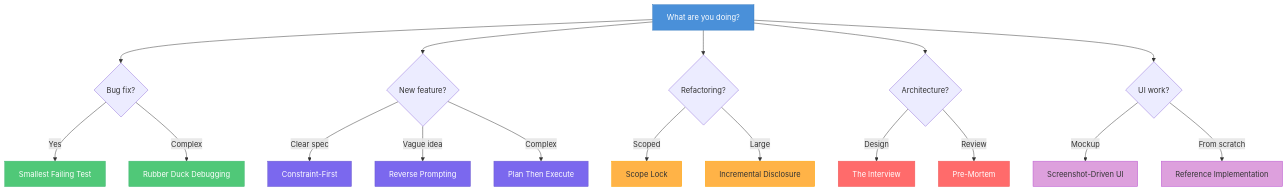
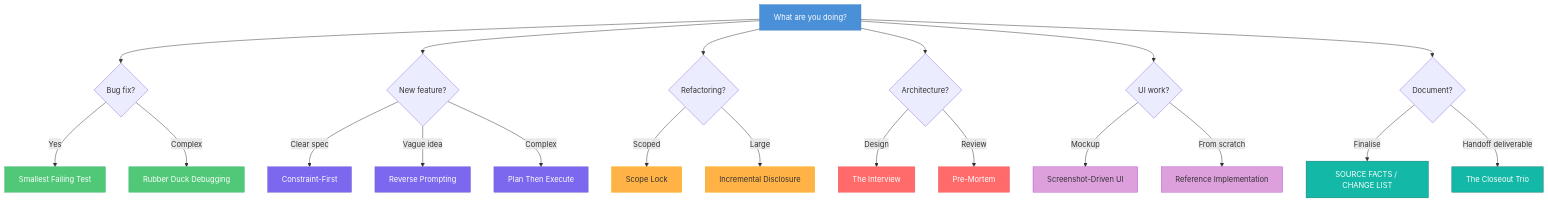
Before and after one commit to ao92265/claude-code-playbook: the diagram in docs/prompt-patterns.md, drawn with Mermaid. The commit also changed other lines of this file and 6 other files, not shown here.

````diff
--- a/docs/prompt-patterns.md
+++ b/docs/prompt-patterns.md
@@ -14,37 +14,43 @@
 ```mermaid
 graph TD
     START["What are you doing?"] --> BUG{"Bug fix?"}
     START --> FEAT{"New feature?"}
     START --> REFACTOR{"Refactoring?"}
     START --> ARCH{"Architecture?"}
     START --> UI{"UI work?"}
+    START --> DOC{"Document?"}
 
     BUG --> |"Yes"| B1["Smallest Failing Test"]
     BUG --> |"Complex"| B2["Rubber Duck Debugging"]
 
     FEAT --> |"Clear spec"| F1["Constraint-First"]
     FEAT --> |"Vague idea"| F2["Reverse Prompting"]
     FEAT --> |"Complex"| F3["Plan Then Execute"]
 
     REFACTOR --> |"Scoped"| R1["Scope Lock"]
     REFACTOR --> |"Large"| R2["Incremental Disclosure"]
 
     ARCH --> |"Design"| A1["The Interview"]
     ARCH --> |"Review"| A2["Pre-Mortem"]
 
     UI --> |"Mockup"| U1["Screenshot-Driven UI"]
     UI --> |"From scratch"| U2["Reference Implementation"]
 
+    DOC --> |"Finalise"| D1["SOURCE FACTS / CHANGE LIST"]
+    DOC --> |"Handoff deliverable"| D2["The Closeout Trio"]
+
     style START fill:#4A90D9,stroke:#357ABD,color:#fff
     style B1 fill:#50C878,stroke:#3CB371,color:#fff
     style B2 fill:#50C878,stroke:#3CB371,color:#fff
     style F1 fill:#7B68EE,stroke:#6A5ACD,color:#fff
     style F2 fill:#7B68EE,stroke:#6A5ACD,color:#fff
     style F3 fill:#7B68EE,stroke:#6A5ACD,color:#fff
     style R1 fill:#FFB347,stroke:#FFA500,color:#333
     style R2 fill:#FFB347,stroke:#FFA500,color:#333
     style A1 fill:#FF6B6B,stroke:#EE5A5A,color:#fff
     style A2 fill:#FF6B6B,stroke:#EE5A5A,color:#fff
     style U1 fill:#DDA0DD,stroke:#BA55D3,color:#333
     style U2 fill:#DDA0DD,stroke:#BA55D3,color:#333
+    style D1 fill:#14B8A6,stroke:#0F766E,color:#fff
+    style D2 fill:#14B8A6,stroke:#0F766E,color:#fff
 ```
````
